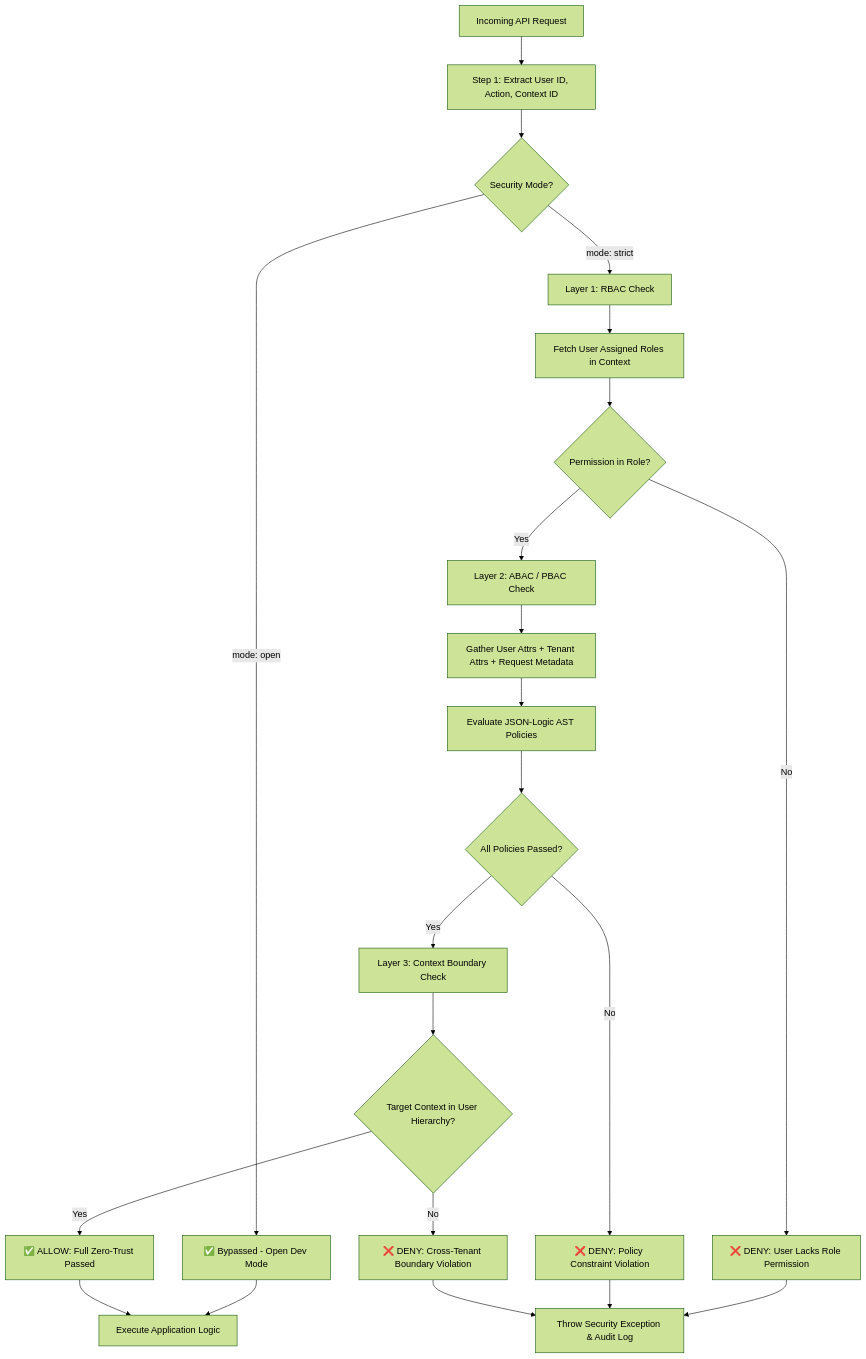
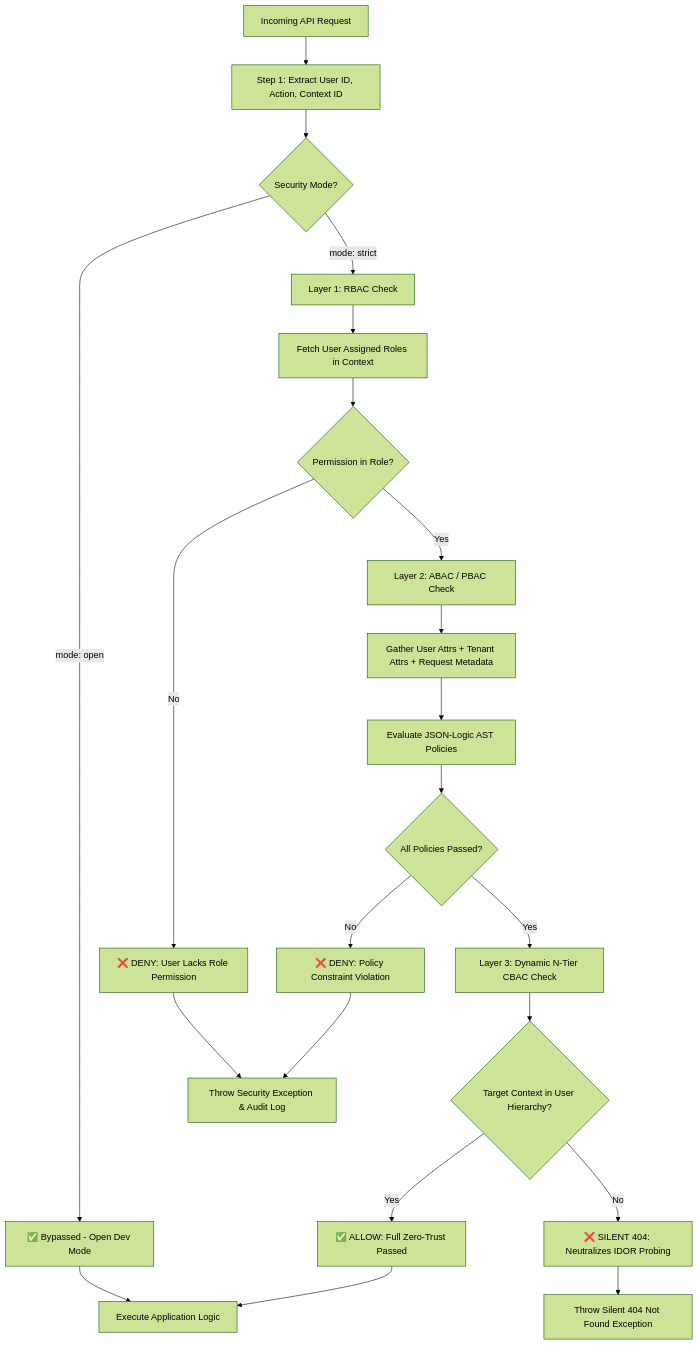
Before and after one commit to Nikhil-ig/OrbitoX-Platform: the second of 7 diagrams in ORBITOX_MASTER_DOC.md, drawn with Mermaid (forest theme). The commit also changed other lines of this file and 2 other files, not shown here.

Commit message:
docs: synchronize ORBITOX_MASTER_DOC.md and docs suite with builders, middleware, n-tier isolation, and inter-branch mesh

````diff
--- a/ORBITOX_MASTER_DOC.md
+++ b/ORBITOX_MASTER_DOC.md
@@ -127,29 +144,29 @@
 ```mermaid
 flowchart TD
     Req[Incoming API Request] --> Step1[Step 1: Extract User ID, Action, Context ID]
     Step1 --> Step2{Security Mode?}
     
     Step2 -->|mode: open| PassOpen[✅ Bypassed - Open Dev Mode]
     Step2 -->|mode: strict| Layer1[Layer 1: RBAC Check]
     
     Layer1 --> FetchRoles[Fetch User Assigned Roles in Context]
     FetchRoles --> CheckPerms{Permission in Role?}
     CheckPerms -->|No| DenyRBAC[❌ DENY: User Lacks Role Permission]
     CheckPerms -->|Yes| Layer2[Layer 2: ABAC / PBAC Check]
     
     Layer2 --> FetchAttrs[Gather User Attrs + Tenant Attrs + Request Metadata]
     FetchAttrs --> EvalJSONLogic[Evaluate JSON-Logic AST Policies]
     EvalJSONLogic --> PolicyResult{All Policies Passed?}
     PolicyResult -->|No| DenyABAC[❌ DENY: Policy Constraint Violation]
-    PolicyResult -->|Yes| Layer3[Layer 3: Context Boundary Check]
+    PolicyResult -->|Yes| Layer3[Layer 3: Dynamic N-Tier CBAC Check]
     
     Layer3 --> CheckGraph{Target Context in User Hierarchy?}
-    CheckGraph -->|No| DenyGraph[❌ DENY: Cross-Tenant Boundary Violation]
+    CheckGraph -->|No| DenyGraph[❌ SILENT 404: Neutralizes IDOR Probing]
     CheckGraph -->|Yes| PassStrict[✅ ALLOW: Full Zero-Trust Passed]
     
     PassOpen --> Exec[Execute Application Logic]
     PassStrict --> Exec
     DenyRBAC --> ThrowErr[Throw Security Exception & Audit Log]
     DenyABAC --> ThrowErr
-    DenyGraph --> ThrowErr
+    DenyGraph --> Throw404[Throw Silent 404 Not Found Exception]
 ```
````
